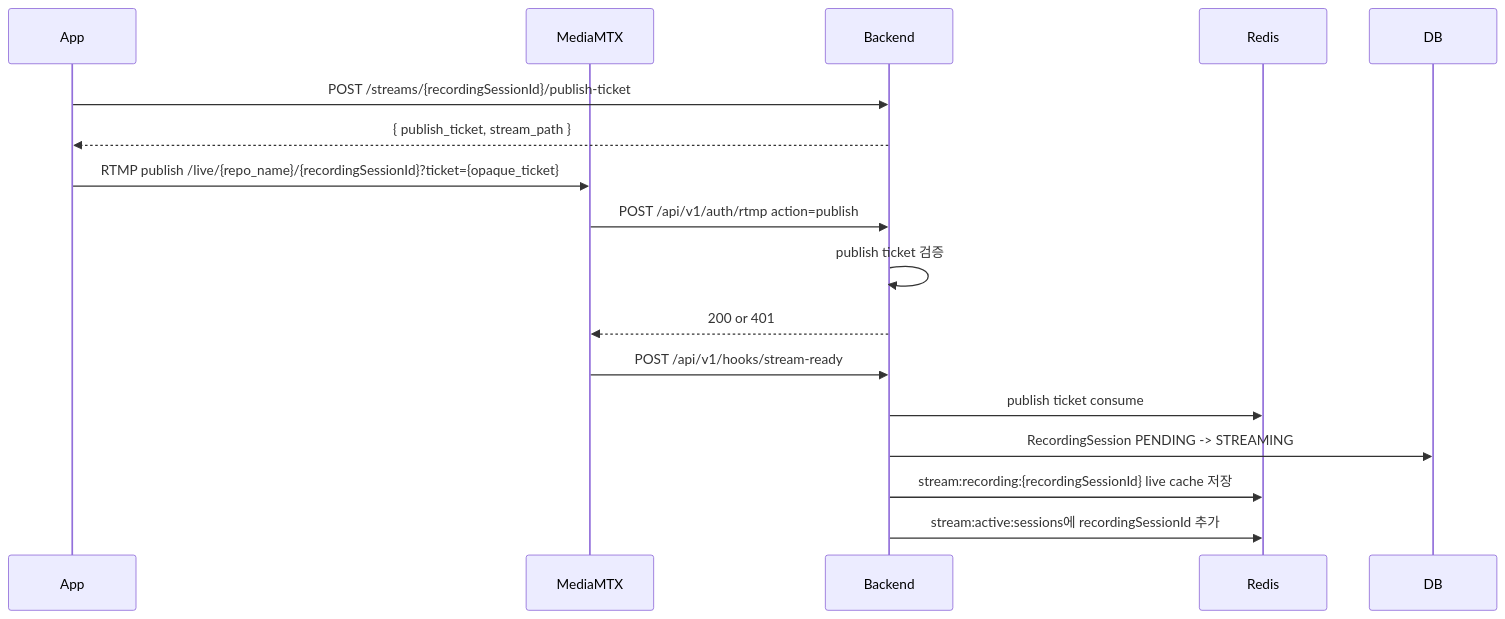
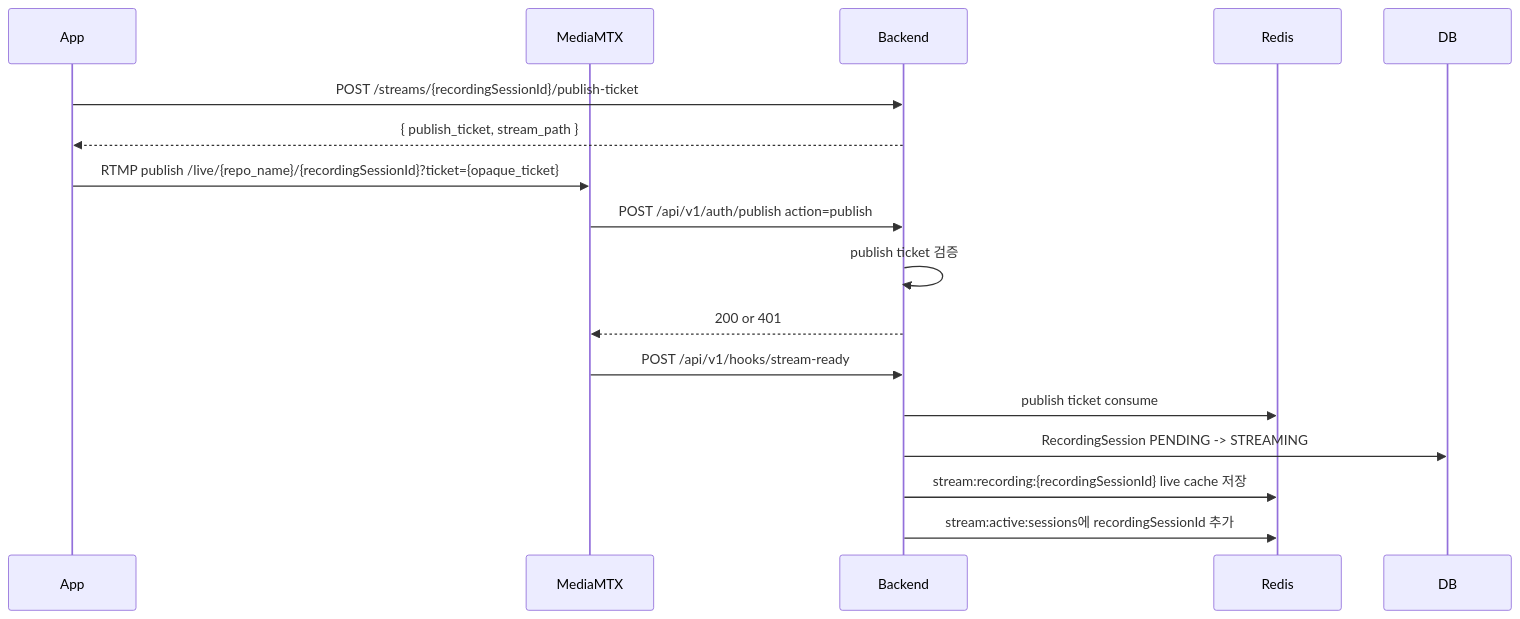
Before and after one commit to ego-flow/ego-flow-server: the third of 7 diagrams in docs/09. project_streaming.md, drawn with Mermaid. The commit also changed other lines of this file and 15 other files, not shown here.

````diff
--- a/docs/09. project_streaming.md
+++ b/docs/09. project_streaming.md
@@ -167,19 +167,19 @@
 ```mermaid
 sequenceDiagram
     participant App
     participant MTX as MediaMTX
     participant BE as Backend
     participant Redis
 
     App->>BE: POST /streams/{recordingSessionId}/publish-ticket
     BE-->>App: { publish_ticket, stream_path }
     App->>MTX: RTMP publish /live/{repo_name}/{recordingSessionId}?ticket={opaque_ticket}
-    MTX->>BE: POST /api/v1/auth/rtmp action=publish
+    MTX->>BE: POST /api/v1/auth/publish action=publish
     BE->>BE: publish ticket 검증
     BE-->>MTX: 200 or 401
     MTX->>BE: POST /api/v1/hooks/stream-ready
     BE->>Redis: publish ticket consume
     BE->>DB: RecordingSession PENDING -> STREAMING
     BE->>Redis: stream:recording:{recordingSessionId} live cache 저장
     BE->>Redis: stream:active:sessions에 recordingSessionId 추가
 ```
````
